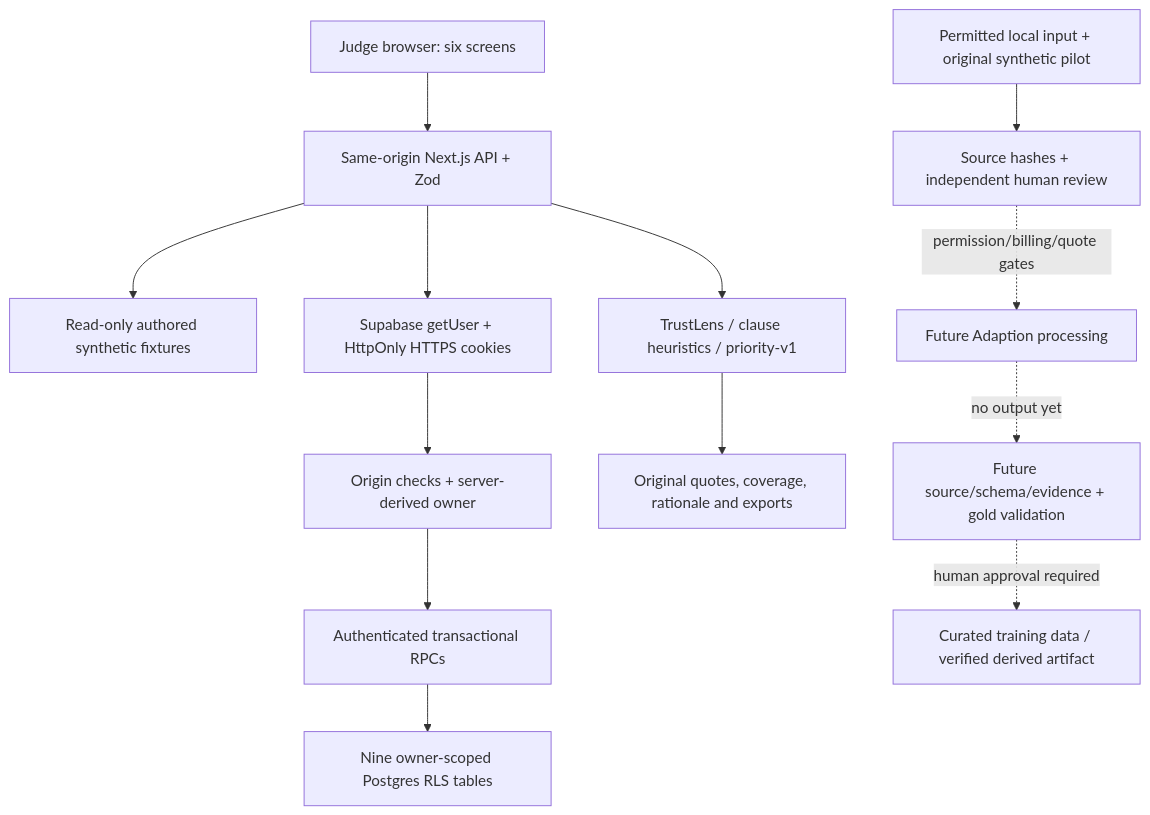
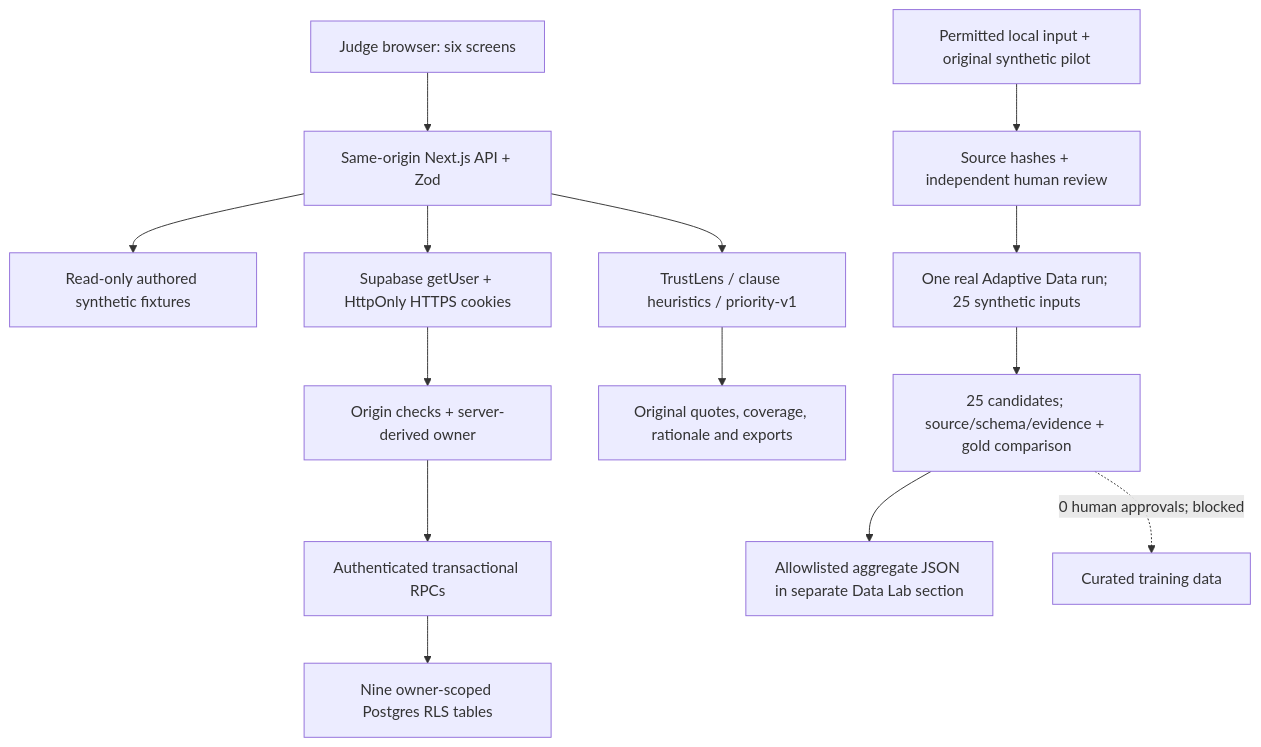
Before and after one commit to yashshah1211/InsightFlow: the diagram in docs/SUBMISSION_ARCHITECTURE.md, drawn with Mermaid. The commit also changed other lines of this file and 31 other files, not shown here.

Commit message:
feat: disclose completed synthetic Adaption pilot with aggregate evidence

````diff
--- a/docs/SUBMISSION_ARCHITECTURE.md
+++ b/docs/SUBMISSION_ARCHITECTURE.md
@@ -5,15 +5,16 @@
 ```mermaid
 flowchart TD
   Browser[Judge browser: six screens] --> Routes[Same-origin Next.js API + Zod]
   Routes --> Public[Read-only authored synthetic fixtures]
   Routes --> Session[Supabase getUser + HttpOnly HTTPS cookies]
   Session --> Scope[Origin checks + server-derived owner]
   Scope --> RPC[Authenticated transactional RPCs]
   RPC --> DB[Nine owner-scoped Postgres RLS tables]
   Routes --> Logic[TrustLens / clause heuristics / priority-v1]
   Logic --> Evidence[Original quotes, coverage, rationale and exports]
   Local[Permitted local input + original synthetic pilot] --> Offline[Source hashes + independent human review]
-  Offline -. permission/billing/quote gates .-> Provider[Future Adaption processing]
-  Provider -. no output yet .-> Review[Future source/schema/evidence + gold validation]
-  Review -. human approval required .-> Curated[Curated training data / verified derived artifact]
+  Offline --> Provider[One real Adaptive Data run; 25 synthetic inputs]
+  Provider --> Review[25 candidates; source/schema/evidence + gold comparison]
+  Review --> Proof[Allowlisted aggregate JSON in separate Data Lab section]
+  Review -. 0 human approvals; blocked .-> Curated[Curated training data]
 ```
````
